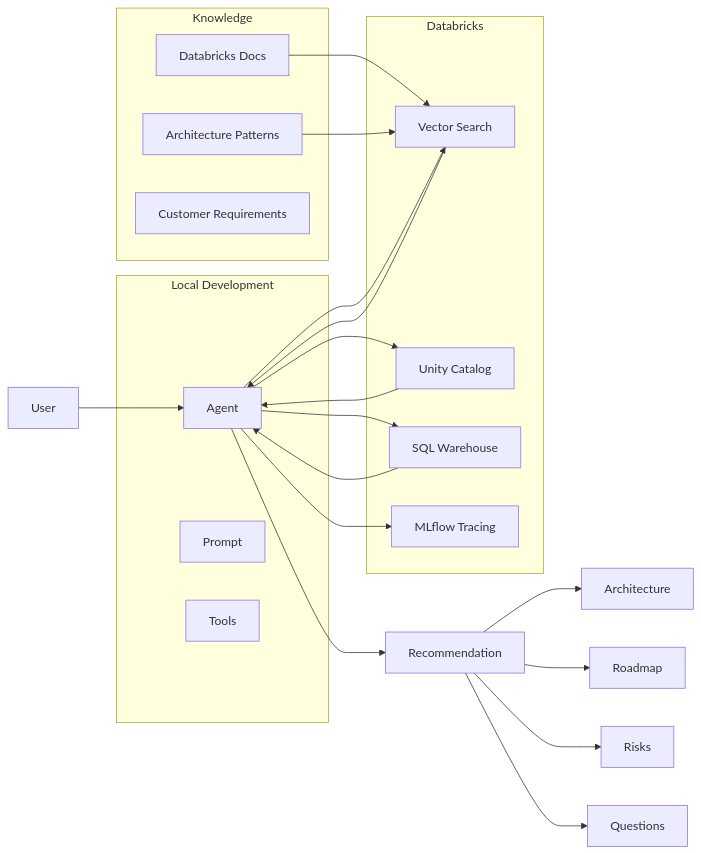
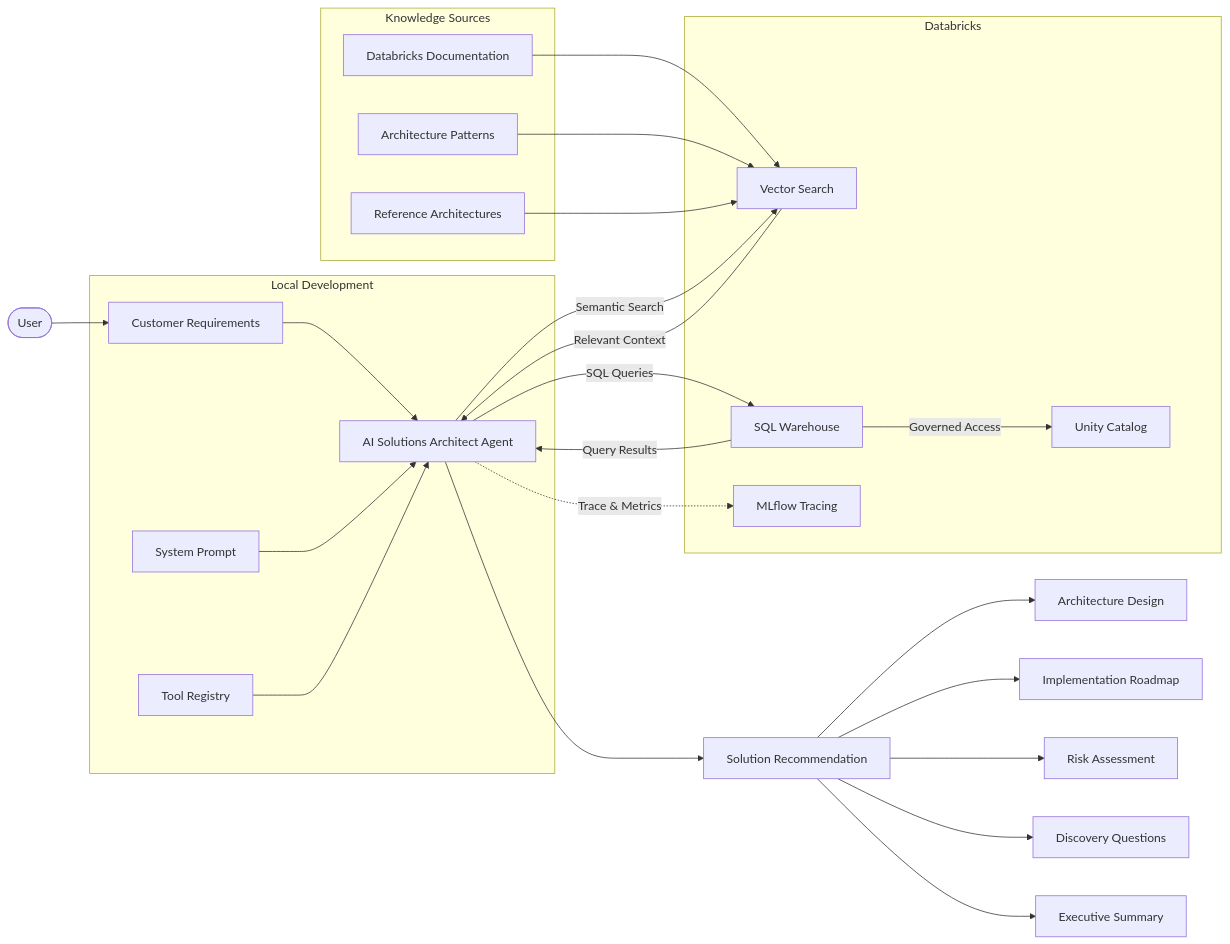
Before and after one commit to Solveright/Enterprise-Solutions-Architect-Agent: the diagram in README.md, drawn with Mermaid.

````diff
--- a/README.md
+++ b/README.md
@@ -1,43 +1,84 @@
 ```mermaid
 flowchart LR
 
-User --> Agent
+%% ==========================
+%% User
+%% ==========================
 
-subgraph Local Development
-    Agent
-    Prompt
-    Tools
+U([User])
+REQ[Customer Requirements]
+
+U --> REQ
+
+%% ==========================
+%% Local Development
+%% ==========================
+
+subgraph LOCAL["Local Development"]
+
+REQ --> AGENT[AI Solutions Architect Agent]
+
+PROMPT[System Prompt]
+TOOLS[Tool Registry]
+
+PROMPT --> AGENT
+TOOLS --> AGENT
+
 end
 
-subgraph Databricks
-    VS[Vector Search]
-    UC[Unity Catalog]
-    SQL[SQL Warehouse]
-    ML[MLflow Tracing]
+%% ==========================
+%% Knowledge Sources
+%% ==========================
+
+subgraph KNOW["Knowledge Sources"]
+
+DOCS[Databricks Documentation]
+PATTERNS[Architecture Patterns]
+REF[Reference Architectures]
+
 end
 
-subgraph Knowledge
-    Docs[Databricks Docs]
-    Patterns[Architecture Patterns]
-    Customer[Customer Requirements]
+%% ==========================
+%% Databricks Platform
+%% ==========================
+
+subgraph DBX["Databricks"]
+
+VS[Vector Search]
+
+SQL[SQL Warehouse]
+
+UC[Unity Catalog]
+
+ML[MLflow Tracing]
+
 end
 
-Docs --> VS
-Patterns --> VS
+%% Build the vector index
+DOCS --> VS
+PATTERNS --> VS
+REF --> VS
 
-Agent --> VS
-Agent --> SQL
-Agent --> UC
+%% Agent runtime
+AGENT -->|Semantic Search| VS
+VS -->|Relevant Context| AGENT
 
-SQL --> Agent
-VS --> Agent
-UC --> Agent
+AGENT -->|SQL Queries| SQL
+SQL -->|Governed Access| UC
+SQL -->|Query Results| AGENT
 
-Agent --> ML
+%% Observability
+AGENT -.->|Trace & Metrics| ML
 
-Agent --> Recommendation
-Recommendation --> Architecture
-Recommendation --> Roadmap
-Recommendation --> Risks
-Recommendation --> Questions
+%% ==========================
+%% Outputs
+%% ==========================
+
+AGENT --> RESP[Solution Recommendation]
+
+RESP --> ARCH[Architecture Design]
+RESP --> ROADMAP[Implementation Roadmap]
+RESP --> RISK[Risk Assessment]
+RESP --> DISCOVERY[Discovery Questions]
+RESP --> SUMMARY[Executive Summary]
 ```
````
